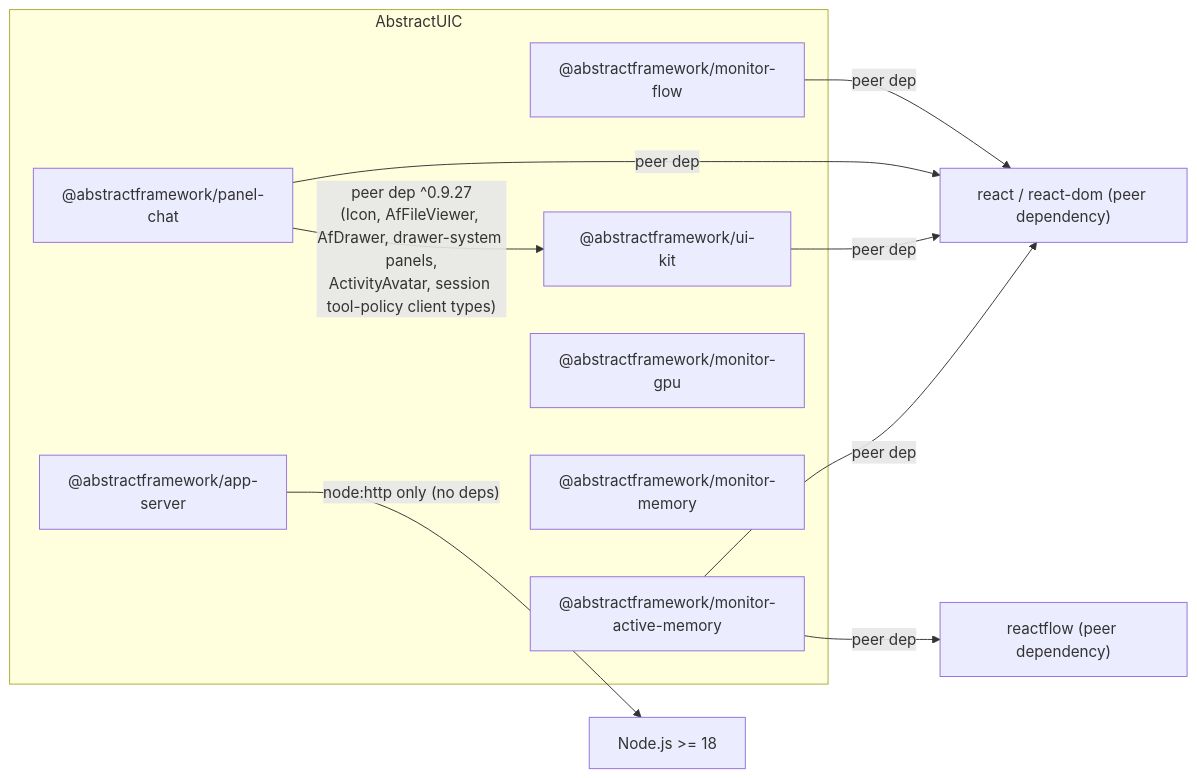
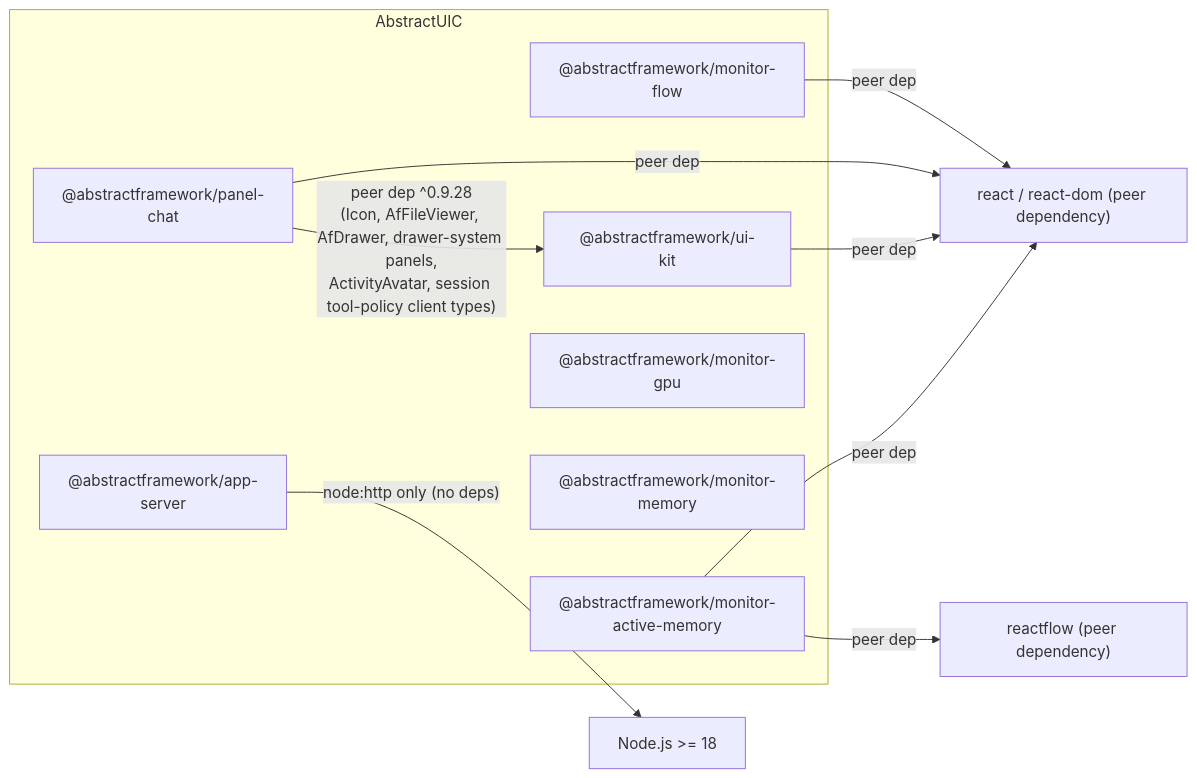
Before and after one commit to lpalbou/AbstractUIC: the second of 12 diagrams in docs/architecture.md, drawn with Mermaid. The commit also changed other lines of this file and 14 other files, not shown here.

````diff
--- a/docs/architecture.md
+++ b/docs/architecture.md
@@ -73,20 +73,20 @@
 ```mermaid
 flowchart LR
   subgraph AbstractUIC
     UIKIT["@abstractframework/ui-kit"]
     CHAT["@abstractframework/panel-chat"]
     APPSRV["@abstractframework/app-server"]
     FLOW["@abstractframework/monitor-flow"]
     AMX["@abstractframework/monitor-active-memory"]
     GPU["@abstractframework/monitor-gpu"]
     MEM["@abstractframework/monitor-memory"]
   end
 
-  CHAT -->|"peer dep ^0.9.27<br/>(Icon, AfFileViewer, AfDrawer, drawer-system panels,<br/>ActivityAvatar, session tool-policy client types)"| UIKIT
+  CHAT -->|"peer dep ^0.9.28<br/>(Icon, AfFileViewer, AfDrawer, drawer-system panels,<br/>ActivityAvatar, session tool-policy client types)"| UIKIT
   AMX -->|"peer dep"| ReactFlow["reactflow (peer dependency)"]
   FLOW -->|"peer dep"| React["react / react-dom (peer dependency)"]
   CHAT -->|"peer dep"| React
   UIKIT -->|"peer dep"| React
   AMX -->|"peer dep"| React
   APPSRV -->|"node:http only (no deps)"| Node["Node.js >= 18"]
 ```
````
